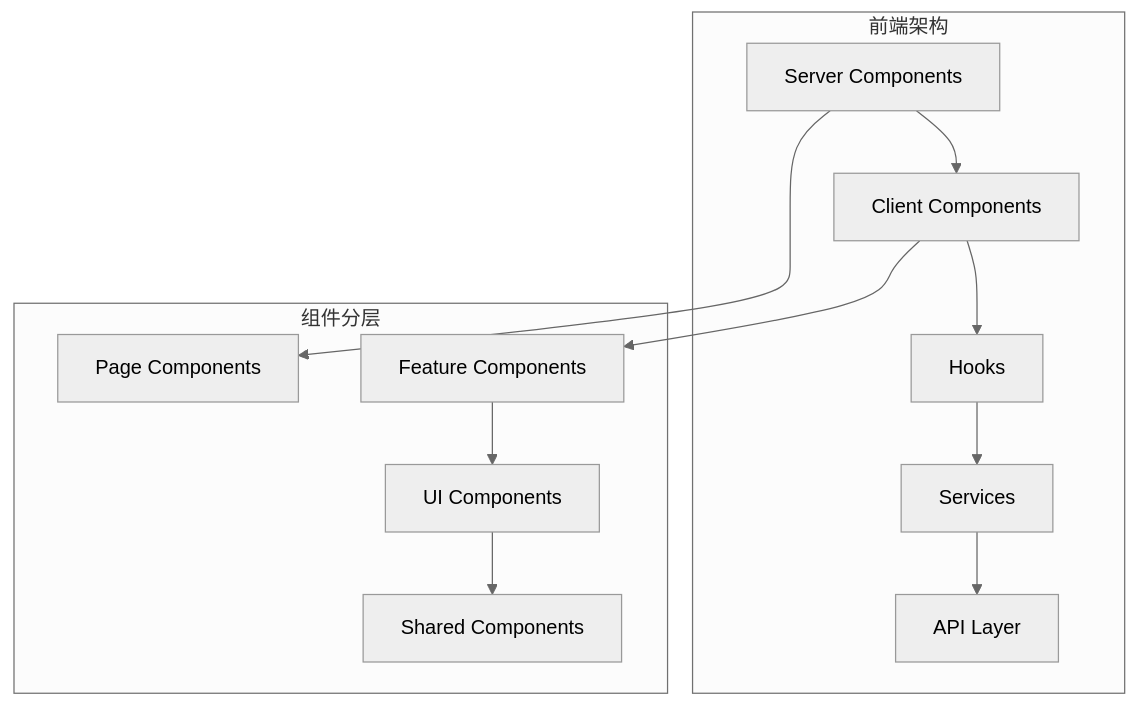
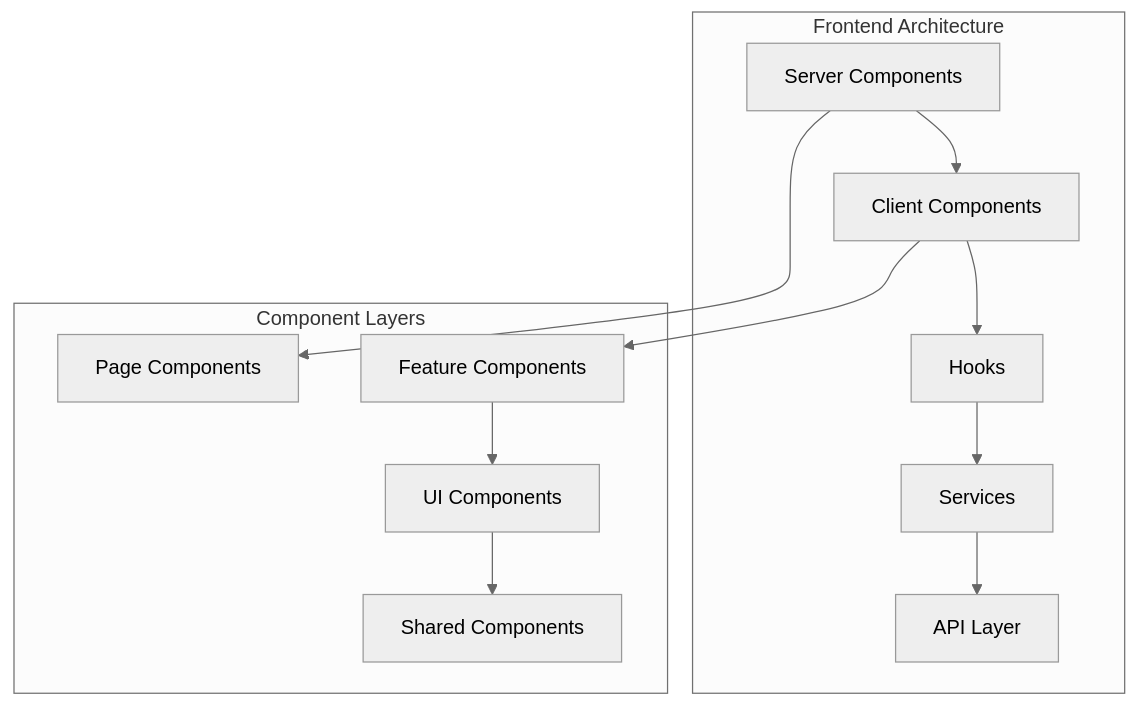
Before and after one commit to imokokok/Insight: the diagram in docs/architecture/frontend.md, drawn with Mermaid (neutral theme). The commit also changed other lines of this file and 9 other files, not shown here.

````diff
--- a/docs/architecture/frontend.md
+++ b/docs/architecture/frontend.md
@@ -17,21 +17,21 @@
 ```mermaid
 graph TB
-    subgraph Frontend["前端架构"]
+    subgraph Frontend["Frontend Architecture"]
         A[Server Components] --> B[Client Components]
         B --> C[Hooks]
         C --> D[Services]
         D --> E[API Layer]
     end
 
-    subgraph Components["组件分层"]
+    subgraph Components["Component Layers"]
         F[Page Components]
         G[Feature Components]
         H[UI Components]
         I[Shared Components]
     end
 
     A --> F
     B --> G
     G --> H
     H --> I
 ```
````
